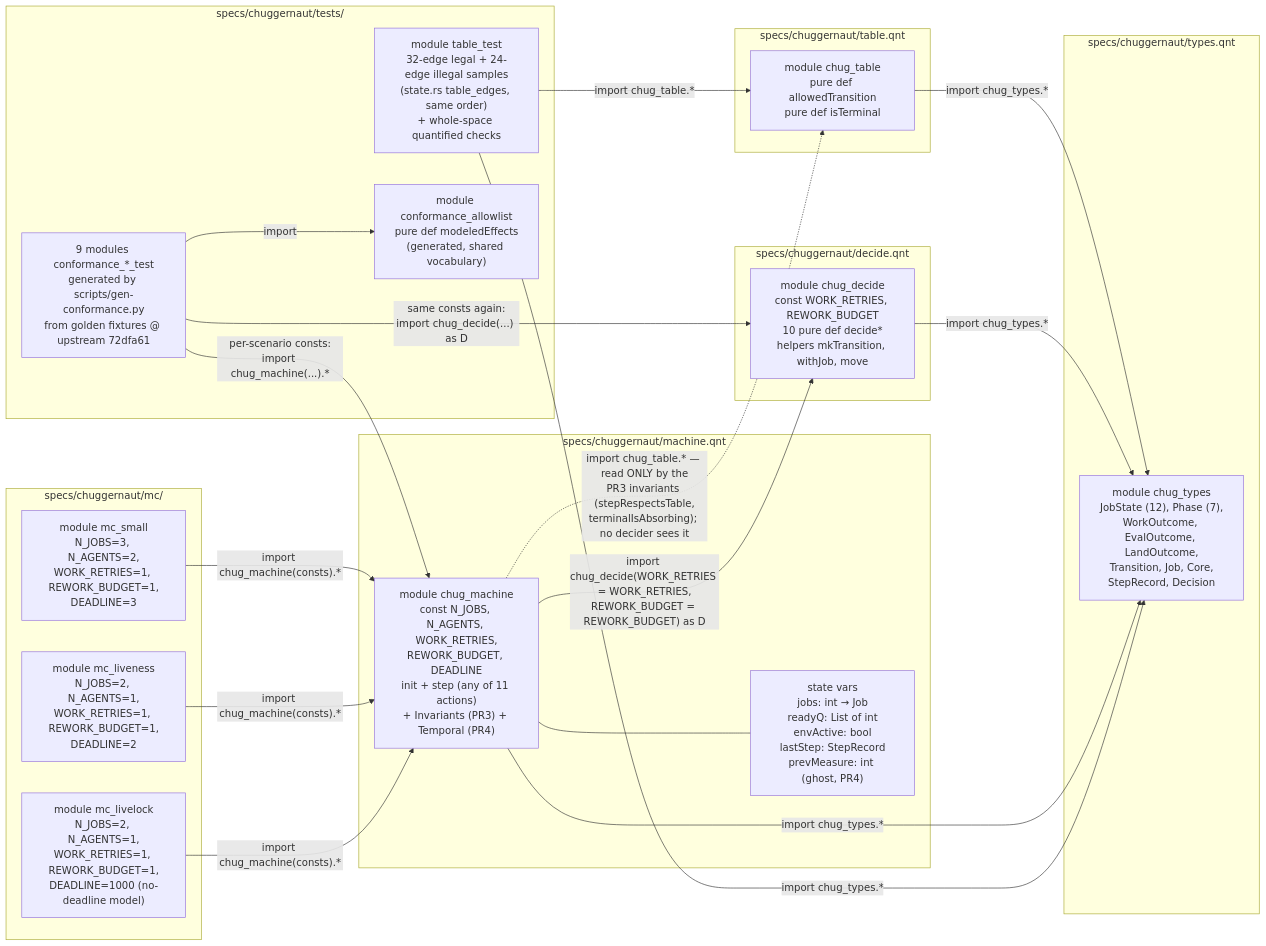
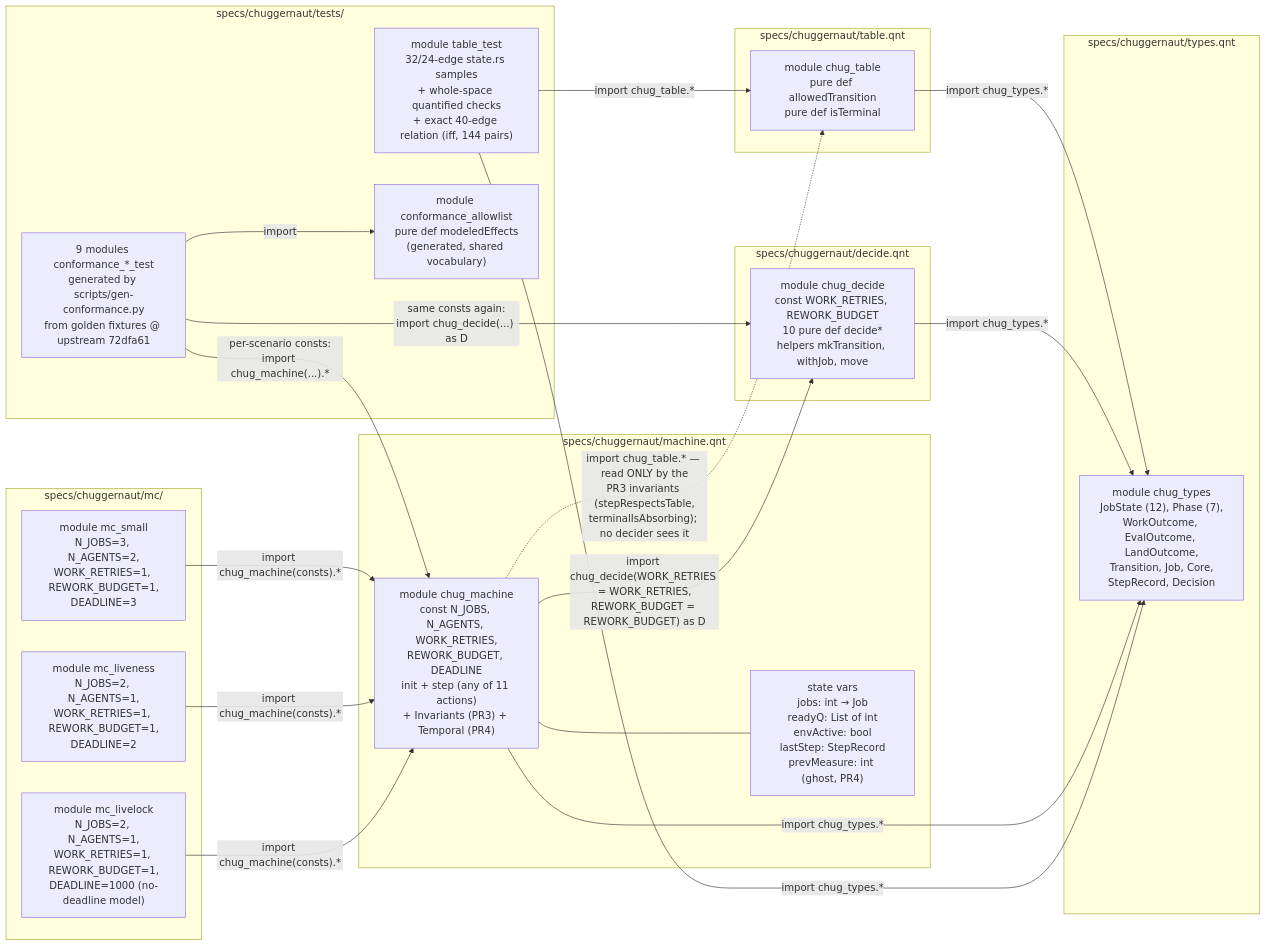
Before and after one commit to gdoteof/swarm-spec: the first of 5 diagrams in docs/model-map.md, drawn with Mermaid. The commit also changed other lines of this file and 2 other files, not shown here.

First line of the commit message:
Exhaustive 40-edge legality test; close the coverage gap model-map surfaced (#11)

````diff
--- a/docs/model-map.md
+++ b/docs/model-map.md
@@ -33,40 +33,40 @@
 ```mermaid
 flowchart LR
   subgraph F_TESTS["specs/chuggernaut/tests/"]
-    TT["module table_test<br/>32-edge legal + 24-edge illegal samples<br/>(state.rs table_edges, same order)<br/>+ whole-space quantified checks"]
+    TT["module table_test<br/>32/24-edge state.rs samples<br/>+ whole-space quantified checks<br/>+ exact 40-edge relation (iff, 144 pairs)"]
     CT["9 modules conformance_*_test<br/>generated by scripts/gen-conformance.py<br/>from golden fixtures @ upstream 72dfa61"]
     AL["module conformance_allowlist<br/>pure def modeledEffects<br/>(generated, shared vocabulary)"]
   end
   subgraph F_MC["specs/chuggernaut/mc/"]
     MCS["module mc_small<br/>N_JOBS=3, N_AGENTS=2,<br/>WORK_RETRIES=1, REWORK_BUDGET=1,<br/>DEADLINE=3"]
     MCL["module mc_liveness<br/>N_JOBS=2, N_AGENTS=1,<br/>WORK_RETRIES=1, REWORK_BUDGET=1,<br/>DEADLINE=2"]
     MCK["module mc_livelock<br/>N_JOBS=2, N_AGENTS=1,<br/>WORK_RETRIES=1, REWORK_BUDGET=1,<br/>DEADLINE=1000 (no-deadline model)"]
   end
   subgraph F_MACHINE["specs/chuggernaut/machine.qnt"]
     MA["module chug_machine<br/>const N_JOBS, N_AGENTS, WORK_RETRIES,<br/>REWORK_BUDGET, DEADLINE<br/>init + step (any of 11 actions)<br/>+ Invariants (PR3) + Temporal (PR4)"]
     VARS["state vars<br/>jobs: int → Job<br/>readyQ: List of int<br/>envActive: bool<br/>lastStep: StepRecord<br/>prevMeasure: int (ghost, PR4)"]
   end
   subgraph F_DECIDE["specs/chuggernaut/decide.qnt"]
     DE["module chug_decide<br/>const WORK_RETRIES, REWORK_BUDGET<br/>10 pure def decide*<br/>helpers mkTransition, withJob, move"]
   end
   subgraph F_TABLE["specs/chuggernaut/table.qnt"]
     TB["module chug_table<br/>pure def allowedTransition<br/>pure def isTerminal"]
   end
   subgraph F_TYPES["specs/chuggernaut/types.qnt"]
     TY["module chug_types<br/>JobState (12), Phase (7),<br/>WorkOutcome, EvalOutcome, LandOutcome,<br/>Transition, Job, Core,<br/>StepRecord, Decision"]
   end
   MA --- VARS
   TB -->|"import chug_types.*"| TY
   DE -->|"import chug_types.*"| TY
   MA -->|"import chug_types.*"| TY
   MA -.->|"import chug_table.* — read ONLY by the<br/>PR3 invariants (stepRespectsTable,<br/>terminalIsAbsorbing); no decider sees it"| TB
   MA -->|"import chug_decide(WORK_RETRIES = WORK_RETRIES,<br/>REWORK_BUDGET = REWORK_BUDGET) as D"| DE
   MCS -->|"import chug_machine(consts).*"| MA
   MCL -->|"import chug_machine(consts).*"| MA
   MCK -->|"import chug_machine(consts).*"| MA
   TT -->|"import chug_table.*"| TB
   TT -->|"import chug_types.*"| TY
   CT -->|"per-scenario consts:<br/>import chug_machine(...).*"| MA
   CT -->|"same consts again:<br/>import chug_decide(...) as D"| DE
   CT -->|"import"| AL
 ```
````
